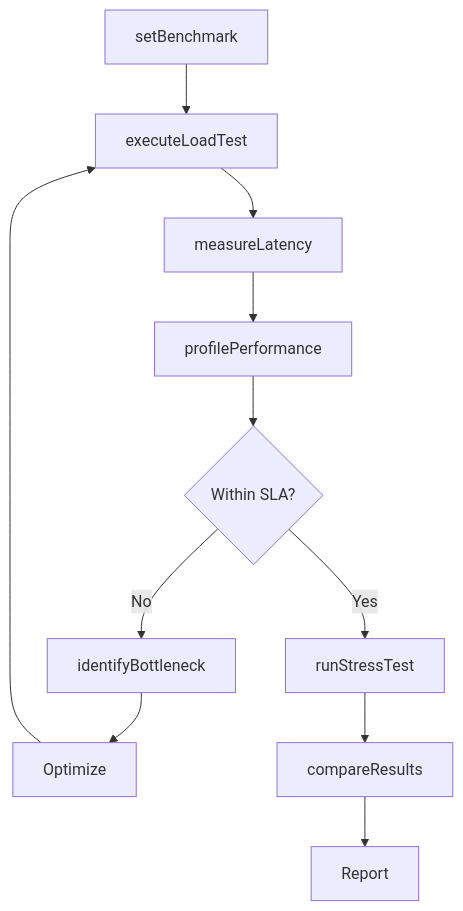
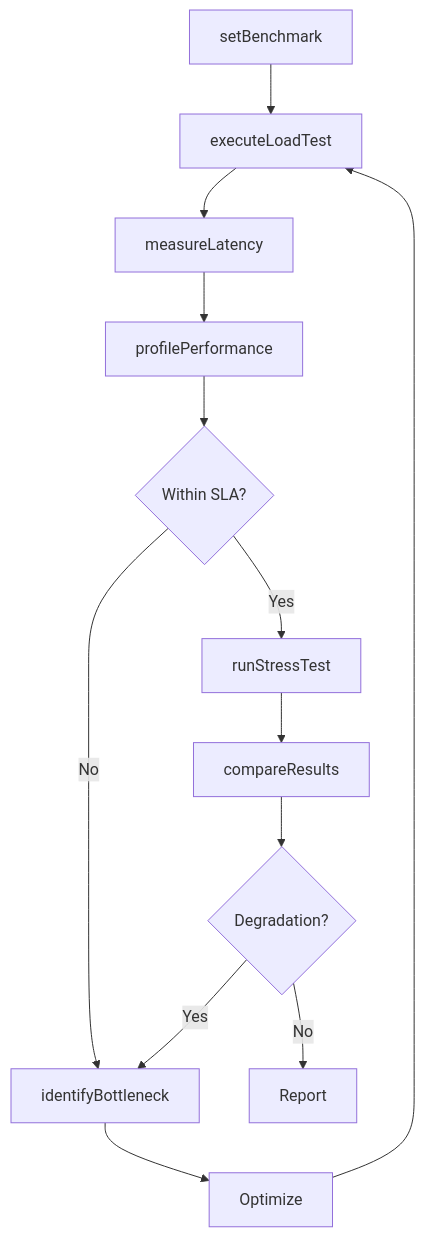
The third of 4 diagrams in InspectingEquipmentStructuresOrMaterials/TestPerformanceOfComputerOrInformationSystems/TestSoftwarePerformance.mdx (dot-org-ai/tasks.org.ai), drawn with Mermaid before and after one commit. The commit also changed other lines of this file and 504 other files, not shown here.

First line of the commit message:
feat: Add ER diagrams, state diagrams, and workflow improvements to 96 DWA task files

````diff
--- a/InspectingEquipmentStructuresOrMaterials/TestPerformanceOfComputerOrInformationSystems/TestSoftwarePerformance.mdx
+++ b/InspectingEquipmentStructuresOrMaterials/TestPerformanceOfComputerOrInformationSystems/TestSoftwarePerformance.mdx
@@ -87,13 +118,15 @@
 ```mermaid
 graph TD
     A[setBenchmark] --> B[executeLoadTest]
     B --> C[measureLatency]
     C --> D[profilePerformance]
     D --> E{Within SLA?}
     E -->|No| F[identifyBottleneck]
     E -->|Yes| G[runStressTest]
     F --> H[Optimize]
     G --> I[compareResults]
     H --> B
-    I --> J[Report]
+    I --> J{Degradation?}
+    J -->|Yes| F
+    J -->|No| K[Report]
 ```
````
